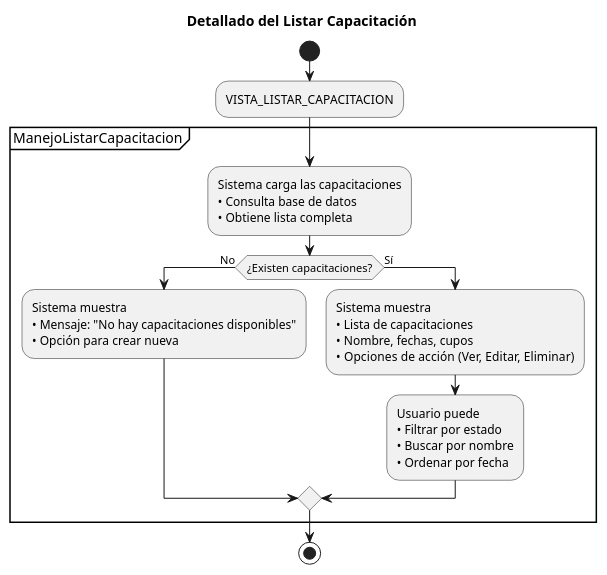
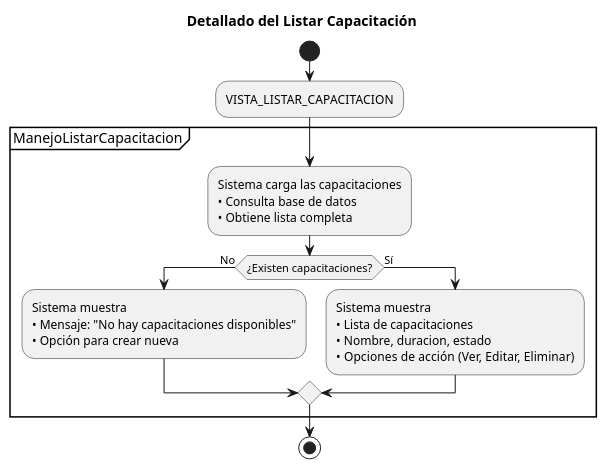
One commit to Dievex/24-25-IdSw1-SDR changed the diagram in casos_de_uso/diagramas_casos_de_uso_detallados/listar_capacitacion.puml. Above: the diagram before and after it, drawn with PlantUML. The commit also changed 2 other files, not shown here.

Commit message:
refactor(use-case-diagrams): update training management diagrams

```diff
--- a/casos_de_uso/diagramas_casos_de_uso_detallados/listar_capacitacion.puml
+++ b/casos_de_uso/diagramas_casos_de_uso_detallados/listar_capacitacion.puml
@@ -1,35 +1,32 @@
 @startuml
 title Detallado del Listar Capacitación
 
 start
 
 :VISTA_LISTAR_CAPACITACION;
 
 partition ManejoListarCapacitacion {
   
   :Sistema carga las capacitaciones
   • Consulta base de datos
   • Obtiene lista completa;
   
   if (¿Existen capacitaciones?) then (No)
     :Sistema muestra
     • Mensaje: "No hay capacitaciones disponibles"
     • Opción para crear nueva;
     
   else (Sí)
     :Sistema muestra
     • Lista de capacitaciones
-    • Nombre, fechas, cupos
+    • Nombre, duracion, estado
     • Opciones de acción (Ver, Editar, Eliminar);
     
-    :Usuario puede
-    • Filtrar por estado
-    • Buscar por nombre
-    • Ordenar por fecha;
+
     
   endif
   
 }
 
 stop
 @enduml
```
